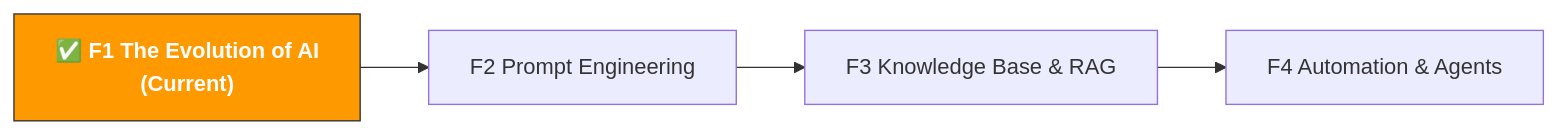
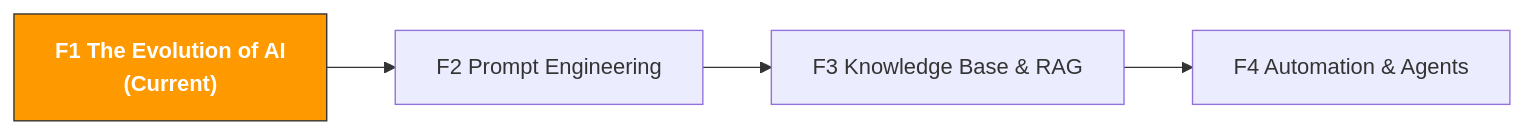
Before and after one commit to kangise/ecommerce-ai-roadmap: the diagram in en/paths/0-foundations/f1-ai-evolution.md, drawn with Mermaid. The commit also changed other lines of this file and 185 other files, not shown here.

````diff
--- a/en/paths/0-foundations/f1-ai-evolution.md
+++ b/en/paths/0-foundations/f1-ai-evolution.md
@@ -15,11 +15,11 @@
 ```mermaid
 flowchart LR
-    F1["✅ F1 The Evolution of AI<br/>(Current)"]:::current
-    F1 --> F2
-    F2["F2 Prompt Engineering"]
-    F2 --> F3
-    F3["F3 Knowledge Base & RAG"]
-    F3 --> F4
-    F4["F4 Automation & Agents"]
-    classDef current fill:#ff9900,stroke:#333,color:#fff,font-weight:bold
+F1[" F1 The Evolution of AI<br/>(Current)"]:::current
+F1 --> F2
+F2["F2 Prompt Engineering"]
+F2 --> F3
+F3["F3 Knowledge Base & RAG"]
+F3 --> F4
+F4["F4 Automation & Agents"]
+classDef current fill:#ff9900,stroke:#333,color:#fff,font-weight:bold
 ```
````
